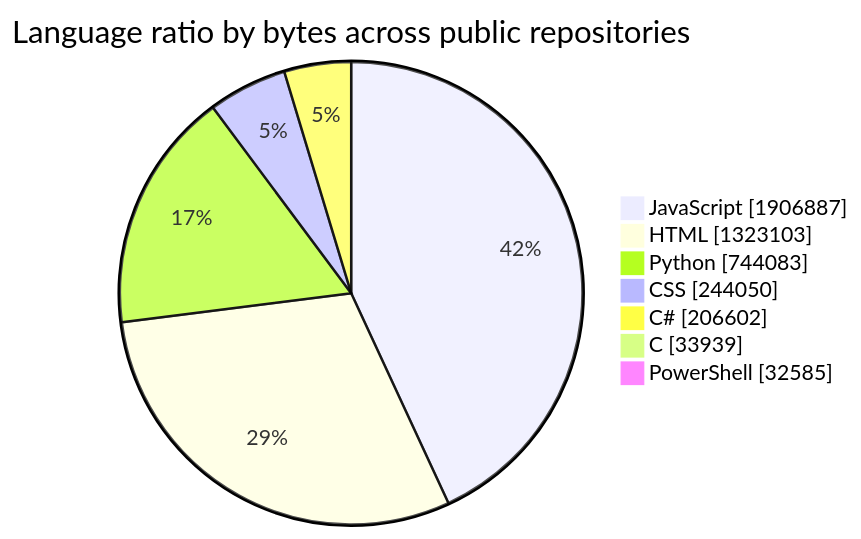
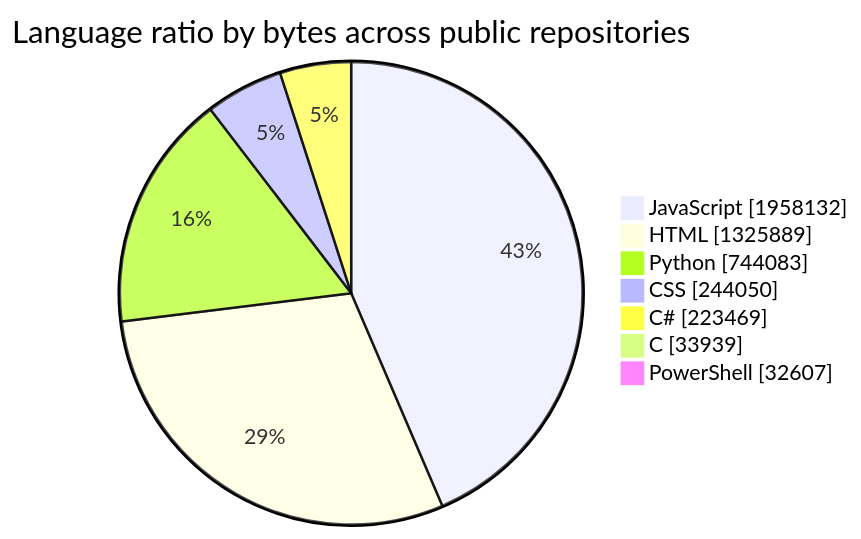
One commit to tchinso/tchinso changed the first of 2 diagrams in README.md. Above: the diagram before and after it, drawn with Mermaid. The commit also changed other lines of this file, not shown here.

````diff
--- a/README.md
+++ b/README.md
@@ -24,11 +24,11 @@
 ```mermaid
 pie showData
     title Language ratio by bytes across public repositories
-    "JavaScript" : 1906887
-    "HTML" : 1323103
+    "JavaScript" : 1958132
+    "HTML" : 1325889
     "Python" : 744083
     "CSS" : 244050
-    "C#" : 206602
+    "C#" : 223469
     "C" : 33939
-    "PowerShell" : 32585
+    "PowerShell" : 32607
 ```
````
